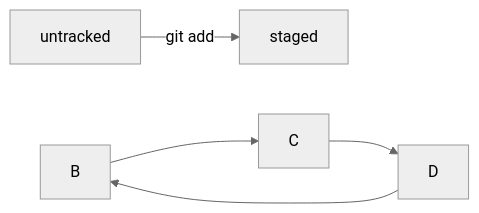
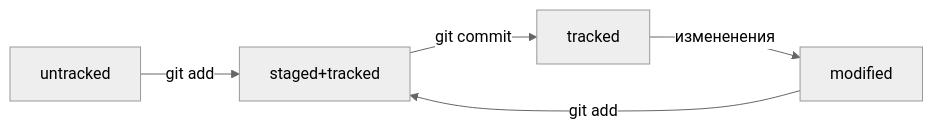
Before and after one commit to NickPross/practice: the diagram in README.md, drawn with Mermaid (neutral theme).

Commit message:
Mermaid четвертое исправление заменил BCD на правильные

````diff
--- a/README.md
+++ b/README.md
@@ -25,7 +25,7 @@
 ```mermaid
 graph LR;
-untracked -- "git add" --> staged;
-B-->C;
-C-->D;
-D-->B;
+untracked -- "git add" --> staged+tracked;
+staged+tracked -- "git commit" --> tracked;
+tracked -- "измененения" --> modified;
+modified -- "git add" --> staged+tracked;
 ```
````
